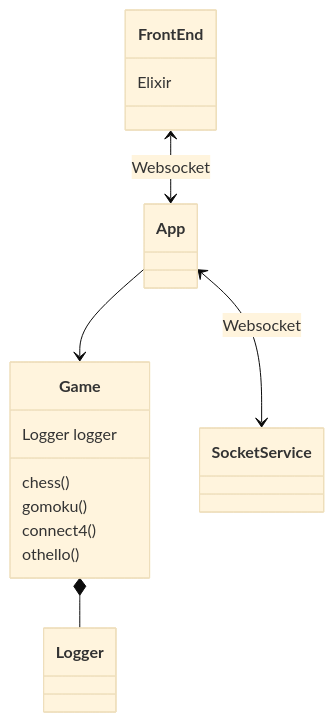
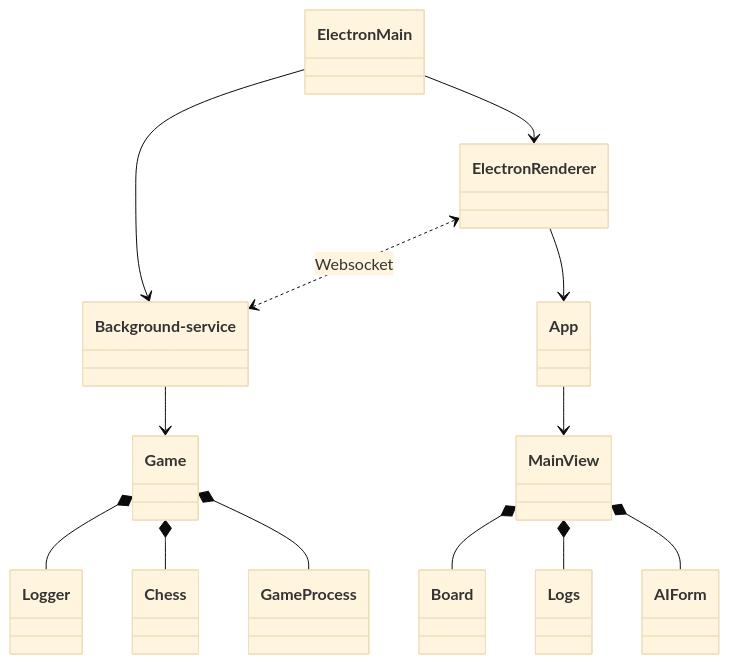
One commit to game-ai-platform-team/tira-ai-local changed the diagram in docs/architecture.md. Above: the diagram before and after it, drawn with Mermaid (base theme). The commit also changed other lines of this file and 1 other file, not shown here.

Commit message:
Docs(#1): Architecture & testing documentation

````diff
--- a/docs/architecture.md
+++ b/docs/architecture.md
@@ -5,24 +5,44 @@
 ```mermaid
 classDiagram
-    class FrontEnd {
-        Elixir
+    class Electron Main {
+    }
+    class Electron Renderer {
     }
     class App {
     }
+    class MainView {
+    }
+    class Board {
+    }
+    class Logs {
+    }
+    class AIForm {
+    }
+
+
+    class Background-service {
+
+    }
     class Game {
-        Logger logger
-        chess()
-        gomoku()
-        connect4()
-        othello()
-    }
-    class SocketService {
     }
     class Logger {
     }
+    class Chess {
+    }
+    class Game Process {
+    }
 
-    FrontEnd <--> App: Websocket
-    App <--> SocketService: Websocket
-    App --> Game
+
+    Electron Main --> Electron Renderer
+    Electron Main --> Background-service
+    Electron Renderer <..> Background-service: Websocket
+    Electron Renderer --> App
+    App --> MainView
+    MainView *-- Board
+    MainView *-- Logs
+    MainView *-- AIForm
+    Background-service --> Game
     Game *-- Logger
+    Game *-- Chess
+    Game *-- Game Process
 ```
````
